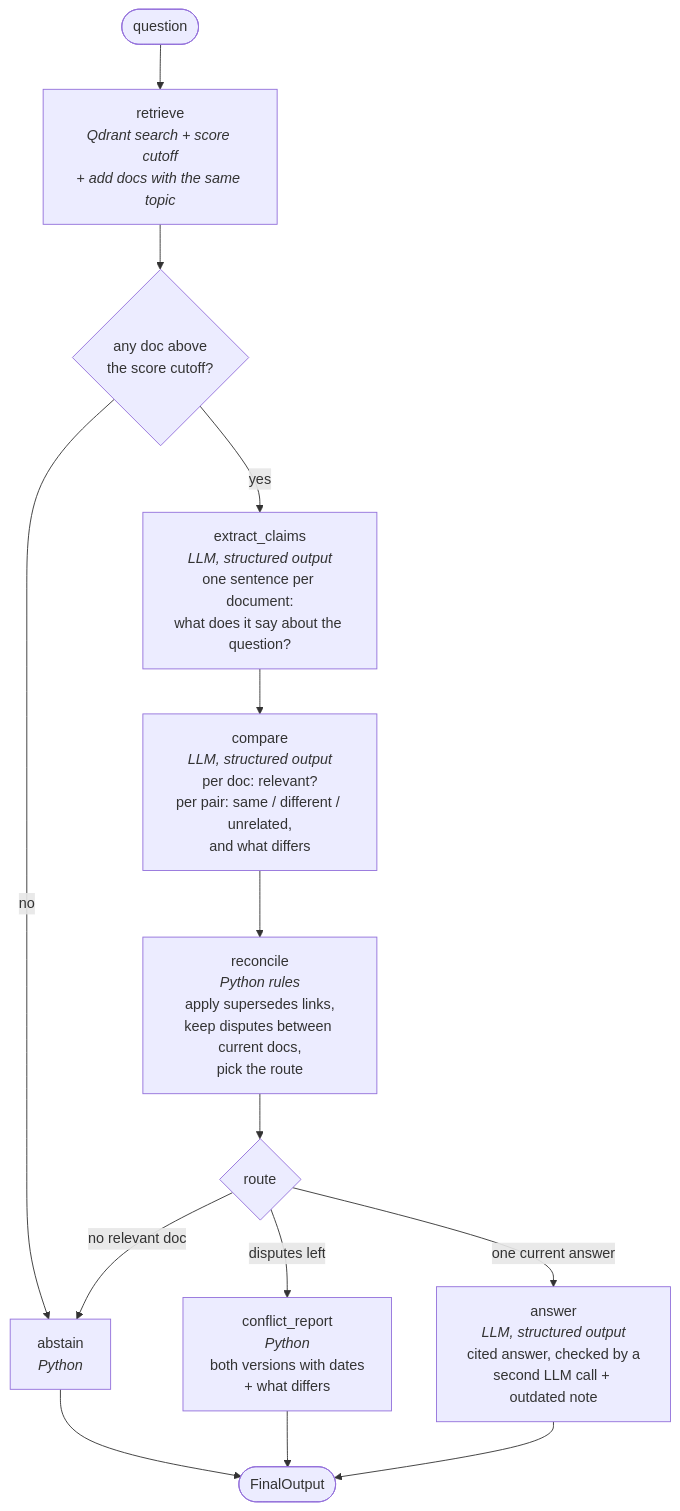
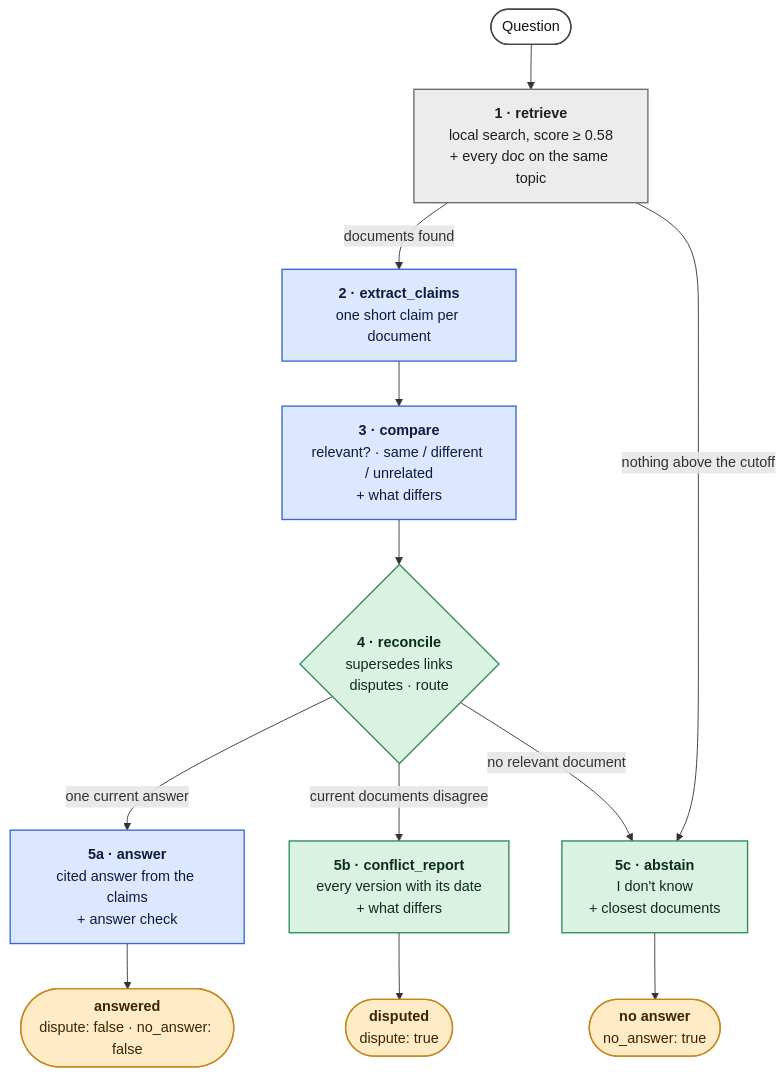
Before and after one commit to chrzanowski000/AICONIC-CRAG: the diagram in docs/pipeline.md, drawn with Mermaid. The commit also changed other lines of this file and 11 other files, not shown here.

Commit message:
docs: remove obsolete history and redraw the system diagrams

````diff
--- a/docs/pipeline.md
+++ b/docs/pipeline.md
@@ -33,16 +34,31 @@
 ```mermaid
 flowchart TD
-    START([question]) --> R[retrieve<br/><i>Qdrant search + score cutoff<br/>+ add docs with the same topic</i>]
-    R --> R1{any doc above<br/>the score cutoff?}
-    R1 -- no --> AB[abstain<br/><i>Python</i>]
-    R1 -- yes --> EC[extract_claims<br/><i>LLM, structured output</i><br/>one sentence per document:<br/>what does it say about the question?]
-    EC --> CP[compare<br/><i>LLM, structured output</i><br/>per doc: relevant?<br/>per pair: same / different / unrelated,<br/>and what differs]
-    CP --> RC[reconcile<br/><i>Python rules</i><br/>apply supersedes links,<br/>keep disputes between current docs,<br/>pick the route]
-    RC --> R2{route}
-    R2 -- no relevant doc --> AB
-    R2 -- disputes left --> CR[conflict_report<br/><i>Python</i><br/>both versions with dates<br/>+ what differs]
-    R2 -- one current answer --> AN[answer<br/><i>LLM, structured output</i><br/>cited answer, checked by a<br/>second LLM call + outdated note]
-    AB --> END([FinalOutput])
-    CR --> END
-    AN --> END
+    Q(["Question"]):::io
+    R["<b>1 · retrieve</b><br/>local search, score ≥ 0.58<br/>+ every doc on the same topic"]:::local
+    EC["<b>2 · extract_claims</b><br/>one short claim per document"]:::llm
+    CP["<b>3 · compare</b><br/>relevant? · same / different / unrelated<br/>+ what differs"]:::llm
+    RC{"<b>4 · reconcile</b><br/>supersedes links<br/>disputes · route"}:::code
+    AN["<b>5a · answer</b><br/>cited answer from the claims<br/>+ answer check"]:::llm
+    CR["<b>5b · conflict_report</b><br/>every version with its date<br/>+ what differs"]:::code
+    AB["<b>5c · abstain</b><br/>I don't know<br/>+ closest documents"]:::code
+    O1(["<b>answered</b><br/>dispute: false · no_answer: false"]):::out
+    O2(["<b>disputed</b><br/>dispute: true"]):::out
+    O3(["<b>no answer</b><br/>no_answer: true"]):::out
+
+    Q --> R
+    R -- "documents found" --> EC
+    R -- "nothing above the cutoff" --> AB
+    EC --> CP --> RC
+    RC -- "one current answer" --> AN
+    RC -- "current documents disagree" --> CR
+    RC -- "no relevant document" --> AB
+    AN --> O1
+    CR --> O2
+    AB --> O3
+
+    classDef llm fill:#dbe8ff,stroke:#3867d6,stroke-width:1.5px,color:#0d1b3e
+    classDef code fill:#d9f2e3,stroke:#2e8b57,stroke-width:1.5px,color:#0b2e1a
+    classDef local fill:#ececec,stroke:#6b6b6b,stroke-width:1.5px,color:#1f1f1f
+    classDef out fill:#ffecc7,stroke:#c7851a,stroke-width:1.5px,color:#3b2400
+    classDef io fill:#ffffff,stroke:#444444,stroke-width:1.5px,color:#111111
 ```
````
